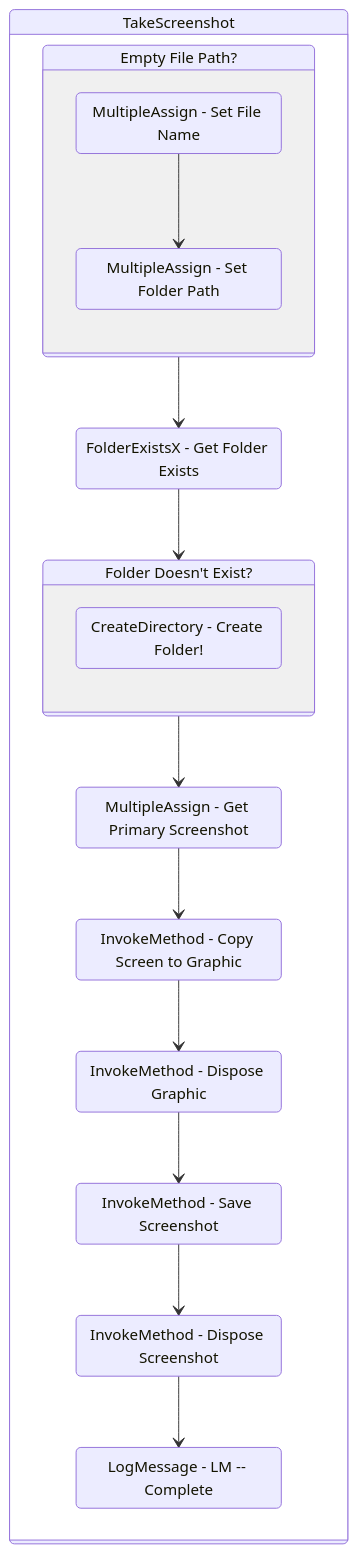
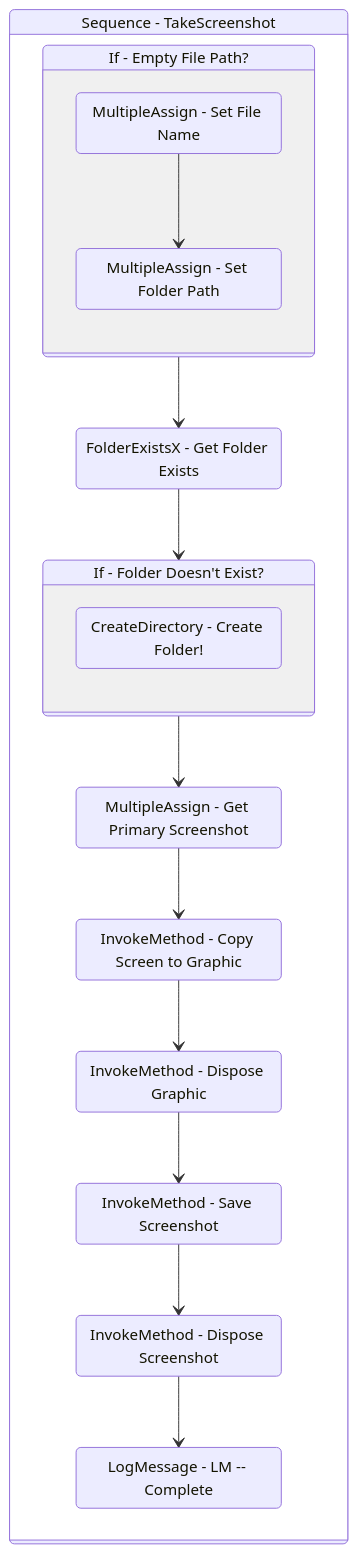
The diagram in Documentation/Utility/TakeScreenshot.md (yashbrahmbhatt/LazyFramework), drawn with Mermaid before and after one commit. The commit also changed 78 other files, not shown here.

````diff
--- a/Documentation/Utility/TakeScreenshot.md
+++ b/Documentation/Utility/TakeScreenshot.md
@@ -119,37 +119,37 @@
 ```mermaid
 stateDiagram-v2
 
 
-Sequence_1: TakeScreenshot
+Sequence_1: Sequence - TakeScreenshot
 state Sequence_1 {
 direction TB
 
-If_2: Empty File Path?
+If_2: If - Empty File Path?
 state If_2 {
 direction TB
 MultipleAssign_1 : MultipleAssign - Set File Name
 MultipleAssign_3 : MultipleAssign - Set Folder Path
 MultipleAssign_1 --> MultipleAssign_3
 }
 FolderExistsX_1 : FolderExistsX - Get Folder Exists
 If_2 --> FolderExistsX_1
 FolderExistsX_1 --> If_1
-If_1: Folder Doesn't Exist?
+If_1: If - Folder Doesn't Exist?
 state If_1 {
 direction TB
 CreateDirectory_1 : CreateDirectory - Create Folder!
 }
 MultipleAssign_2 : MultipleAssign - Get Primary Screenshot
 If_1 --> MultipleAssign_2
 InvokeMethod_1 : InvokeMethod - Copy Screen to Graphic
 MultipleAssign_2 --> InvokeMethod_1
 InvokeMethod_2 : InvokeMethod - Dispose Graphic
 InvokeMethod_1 --> InvokeMethod_2
 InvokeMethod_3 : InvokeMethod - Save Screenshot
 InvokeMethod_2 --> InvokeMethod_3
 InvokeMethod_4 : InvokeMethod - Dispose Screenshot
 InvokeMethod_3 --> InvokeMethod_4
 LogMessage_1 : LogMessage - LM -- Complete
 InvokeMethod_4 --> LogMessage_1
 }
 ```
````
